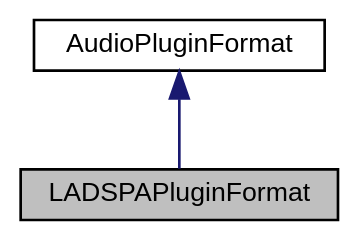
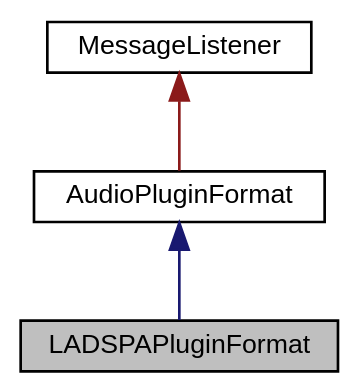
Before and after one commit to klangfreund/jucedoc: the diagram in doc/classLADSPAPluginFormat__inherit__graph.dot, drawn with Graphviz. The commit also changed 2730 other files, not shown here.

```diff
--- a/doc/classLADSPAPluginFormat__inherit__graph.dot
+++ b/doc/classLADSPAPluginFormat__inherit__graph.dot
@@ -1,9 +1,11 @@
 digraph "LADSPAPluginFormat"
 {
   bgcolor="transparent";
   edge [fontname="Helvetica",fontsize="10",labelfontname="Helvetica",labelfontsize="10"];
   node [fontname="Helvetica",fontsize="10",shape=record];
   Node0 [label="LADSPAPluginFormat",height=0.2,width=0.4,color="black", fillcolor="grey75", style="filled", fontcolor="black"];
   Node1 -> Node0 [dir="back",color="midnightblue",fontsize="10",style="solid",fontname="Helvetica"];
   Node1 [label="AudioPluginFormat",height=0.2,width=0.4,color="black",URL="$classAudioPluginFormat.html",tooltip="The base class for a type of plugin format, such as VST, AudioUnit, LADSPA, etc. "];
+  Node2 -> Node1 [dir="back",color="firebrick4",fontsize="10",style="solid",fontname="Helvetica"];
+  Node2 [label="MessageListener",height=0.2,width=0.4,color="black",URL="$classMessageListener.html",tooltip="MessageListener subclasses can post and receive Message objects. "];
 }
```
